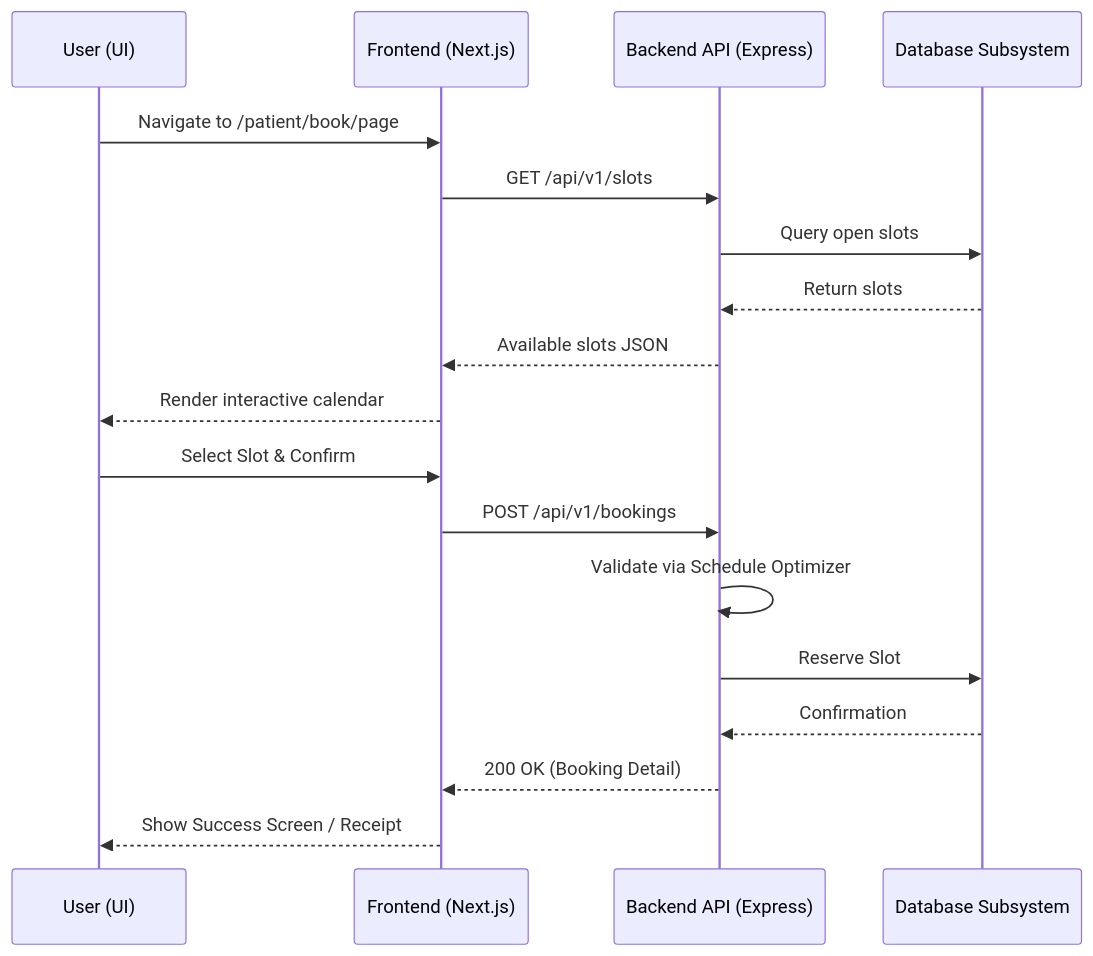
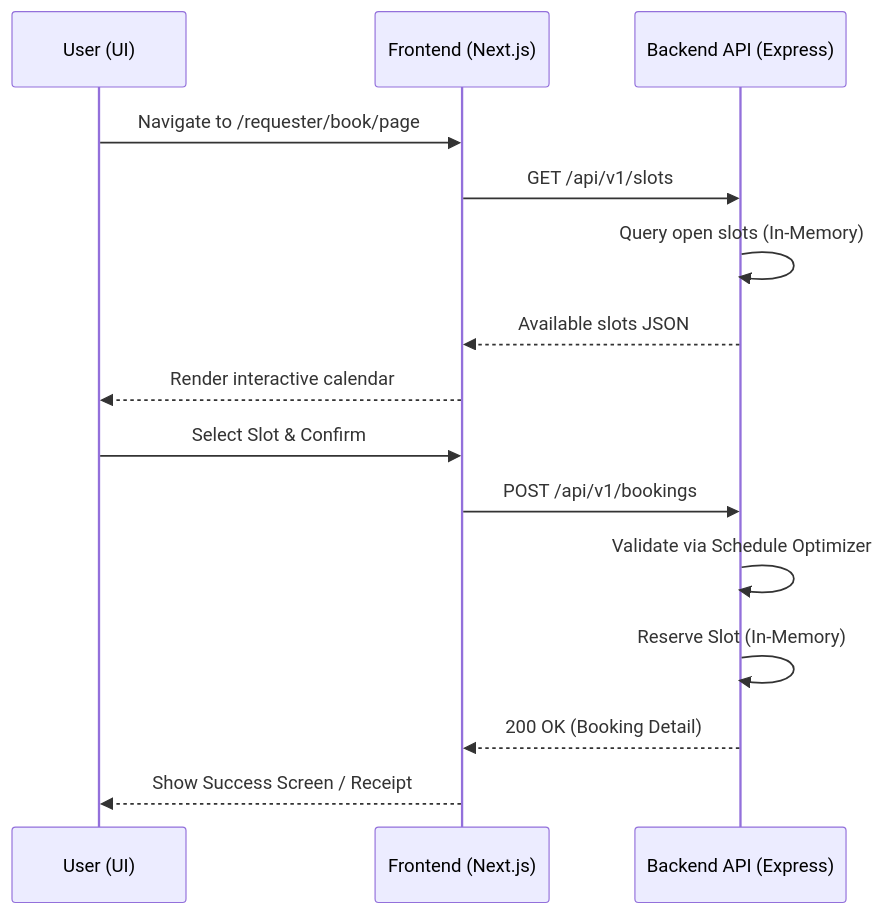
One commit to sahoo-tech/Health-Connect changed the second of 3 diagrams in README.md. Above: the diagram before and after it, drawn with Mermaid.

````diff
--- a/README.md
+++ b/README.md
@@ -55,21 +55,18 @@
 ```mermaid
 sequenceDiagram
     participant U as User (UI)
     participant F as Frontend (Next.js)
     participant B as Backend API (Express)
-    participant DB as Database Subsystem
     
-    U->>F: Navigate to /patient/book/page
+    U->>F: Navigate to /requester/book/page
     F->>B: GET /api/v1/slots
-    B->>DB: Query open slots
-    DB-->>B: Return slots
+    B->>B: Query open slots (In-Memory)
     B-->>F: Available slots JSON
     F-->>U: Render interactive calendar
     U->>F: Select Slot & Confirm
     F->>B: POST /api/v1/bookings
     B->>B: Validate via Schedule Optimizer
-    B->>DB: Reserve Slot
-    DB-->>B: Confirmation
+    B->>B: Reserve Slot (In-Memory)
     B-->>F: 200 OK (Booking Detail)
     F-->>U: Show Success Screen / Receipt
 ```
````
